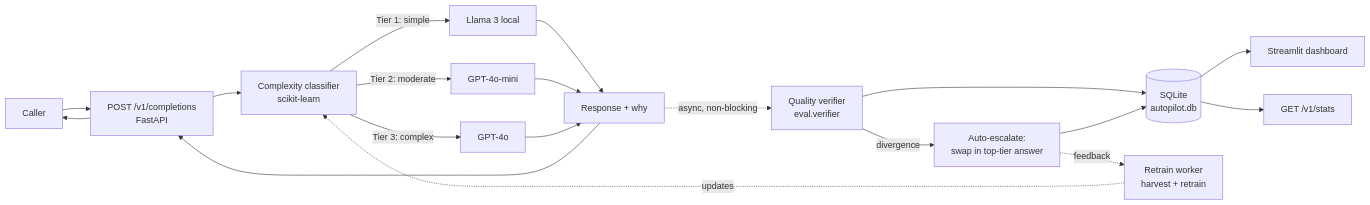
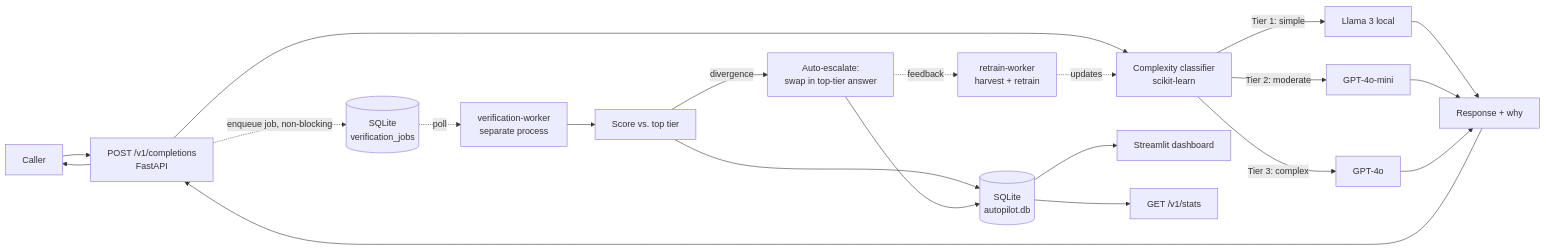
One commit to SihanZhan/llm-cost-autopilot changed the diagram in README.md. Above: the diagram before and after it, drawn with Mermaid. The commit also changed other lines of this file and 5 other files, not shown here.

````diff
--- a/README.md
+++ b/README.md
@@ -24,22 +24,24 @@
 ```mermaid
 flowchart LR
     user[Caller] --> api[POST /v1/completions<br/>FastAPI]
     api --> clf[Complexity classifier<br/>scikit-learn]
     clf -->|Tier 1: simple| cheap[Llama 3 local]
     clf -->|Tier 2: moderate| mid[GPT-4o-mini]
     clf -->|Tier 3: complex| top[GPT-4o]
     cheap --> resp[Response + why]
     mid --> resp
     top --> resp
     resp --> api
     api --> user
 
-    resp -.async, non-blocking.-> verify[Quality verifier<br/>eval.verifier]
+    api -.enqueue job, non-blocking.-> queue[(SQLite<br/>verification_jobs)]
+    queue -.poll.-> vworker[verification-worker<br/>separate process]
+    vworker --> verify[Score vs. top tier]
     verify -->|divergence| esc[Auto-escalate:<br/>swap in top-tier answer]
     verify --> logdb[(SQLite<br/>autopilot.db)]
     esc --> logdb
-    esc -.feedback.-> worker[Retrain worker<br/>harvest + retrain]
-    worker -.updates.-> clf
+    esc -.feedback.-> rworker[retrain-worker<br/>harvest + retrain]
+    rworker -.updates.-> clf
     logdb --> dash[Streamlit dashboard]
     logdb --> stats[GET /v1/stats]
 ```
````
